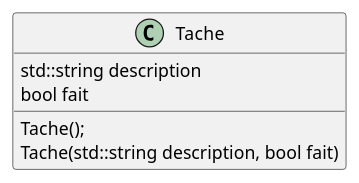
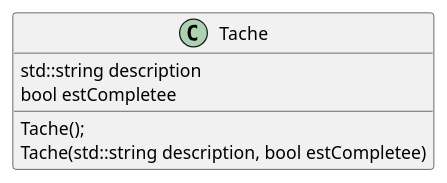
One commit to plbrault/420-SF2-RE changed the second of 6 diagrams in laboratoires/lab02-oop1/consignes/lab02.md. Above: the diagram before and after it, drawn with PlantUML. The commit also changed other lines of this file, not shown here.

Commit message:
Change les fait par estCompletee

````diff
--- a/laboratoires/lab02-oop1/consignes/lab02.md
+++ b/laboratoires/lab02-oop1/consignes/lab02.md
@@ -226,11 +226,11 @@
 ```plantuml
 @startuml
 class Tache {
     std::string description
-    bool fait
+    bool estCompletee
 
     Tache();
-    Tache(std::string description, bool fait)
+    Tache(std::string description, bool estCompletee)
 }
 @enduml
 ```
````
